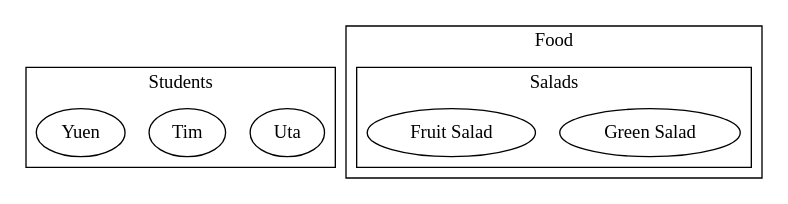
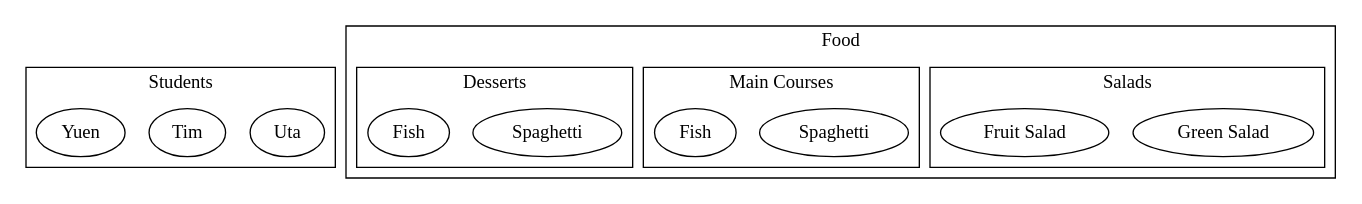
The diagram in CSDS 302 - Discrete Math/HW/3.md (tnichols217/notes), drawn with Graphviz before and after one commit.

Commit message:
vault backup: 2024-01-27 17:50:58

````diff
--- a/CSDS 302 - Discrete Math/HW/3.md
+++ b/CSDS 302 - Discrete Math/HW/3.md
@@ -141,20 +141,33 @@
 ```dot
 digraph {
 	subgraph {
 		label=Students
 		cluster=true
 		a [label=Uta]
 		b [label=Tim]
 		c [label=Yuen]
 	}
 	subgraph {
 		label=Food
 		cluster=true
 		subgraph {
 			label=Salads
+			cluster=true
 			A [label="Green Salad"]
 			B [label="Fruit Salad"]
+		}
+		subgraph {
+			label="Main Courses"
+			cluster=true
+			C [label="Spaghetti"]
+			D [label="Fish"]
+		}
+		subgraph {
+			label="Desserts"
+			cluster=true
+			E [label="Spaghetti"]
+			F [label="Fish"]
 		}
 	}
 }
 ```
````
